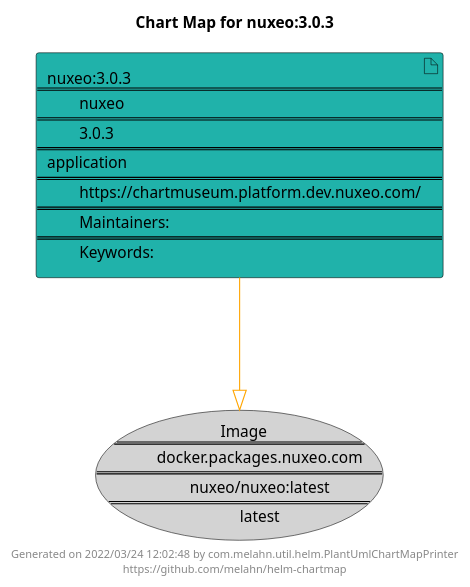
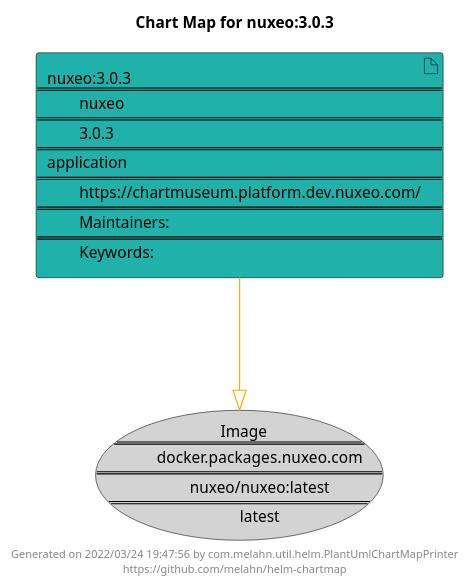
One commit to melahn/helm-chartmap changed the diagram in docs/nuxeo/nuxeo-3.0.3.puml. Above: the diagram before and after it, drawn with PlantUML. The commit also changed 55 other files, not shown here.

Commit message:
Update Example Chart Maps as part of GitHub build

```diff
--- a/docs/nuxeo/nuxeo-3.0.3.puml
+++ b/docs/nuxeo/nuxeo-3.0.3.puml
@@ -1,21 +1,21 @@
 @startuml
 skinparam linetype ortho
 skinparam backgroundColor white
 skinparam usecaseBorderColor black
 skinparam usecaseArrowColor LightSlateGray
 skinparam artifactBorderColor black
 skinparam artifactArrowColor LightSlateGray
 
 title Chart Map for nuxeo:3.0.3
 
 'There is one referenced Helm Chart
 artifact "nuxeo:3.0.3\n====\n\tnuxeo\n====\n\t3.0.3\n====\napplication\n====\n\thttps://chartmuseum.platform.dev.nuxeo.com/\n====\n\tMaintainers: \n====\n\tKeywords: " as nuxeo_3_0_3 #LightSeaGreen
 
 'There is one referenced Docker Image
 usecase "Image\n====\n\tdocker.packages.nuxeo.com\n====\n\tnuxeo/nuxeo:latest\n====\n\tlatest" as docker_packages_nuxeo_com_nuxeo_nuxeo_latest #LightGray
 
 'Chart Dependencies
 nuxeo_3_0_3--[#orange]-|>docker_packages_nuxeo_com_nuxeo_nuxeo_latest
 
-center footer Generated on 2022/03/24 12:02:48 by com.melahn.util.helm.PlantUmlChartMapPrinter\nhttps://github.com/melahn/helm-chartmap
+center footer Generated on 2022/03/24 19:47:56 by com.melahn.util.helm.PlantUmlChartMapPrinter\nhttps://github.com/melahn/helm-chartmap
 @enduml
```
